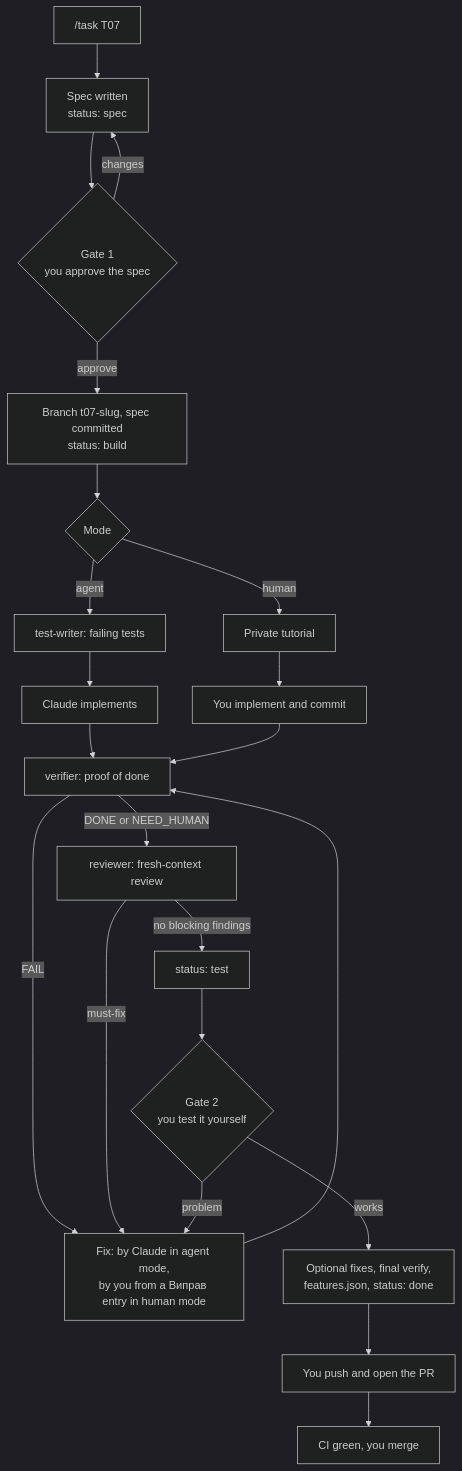
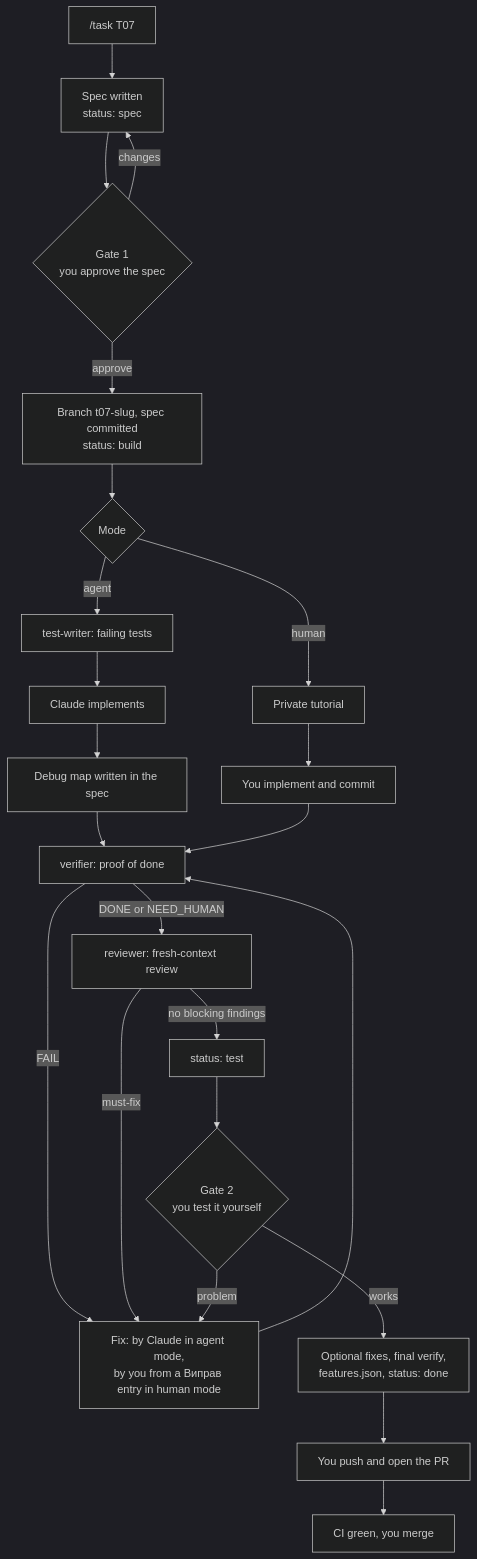
The diagram in docs/workflow.md (AntonBurduzha/mieru), drawn with Mermaid (dark theme) before and after one commit. The commit also changed other lines of this file and 6 other files, not shown here.

Commit message:
(docs): extend dev proof of done

````diff
--- a/docs/workflow.md
+++ b/docs/workflow.md
@@ -66,24 +68,25 @@
 ```mermaid
 flowchart TD
     START["/task T07"] --> SPEC["Spec written<br/>status: spec"]
     SPEC --> G1{"Gate 1<br/>you approve the spec"}
     G1 -- "changes" --> SPEC
     G1 -- "approve" --> BRANCH["Branch t07-slug, spec committed<br/>status: build"]
     BRANCH --> MODE{"Mode"}
     MODE -- "agent" --> TESTS["test-writer: failing tests"]
     TESTS --> CODE["Claude implements"]
     MODE -- "human" --> TUT["Private tutorial"]
     TUT --> YOU["You implement and commit"]
-    CODE --> VERIFY["verifier: proof of done"]
+    CODE --> MAP["Debug map written in the spec"]
+    MAP --> VERIFY["verifier: proof of done"]
     YOU --> VERIFY
     VERIFY -- "FAIL" --> FIX["Fix: by Claude in agent mode,<br/>by you from a Виправ entry in human mode"]
     FIX --> VERIFY
     VERIFY -- "DONE or NEED_HUMAN" --> REVIEW["reviewer: fresh-context review"]
     REVIEW -- "must-fix" --> FIX
     REVIEW -- "no blocking findings" --> TEST["status: test"]
     TEST --> G2{"Gate 2<br/>you test it yourself"}
     G2 -- "problem" --> FIX
     G2 -- "works" --> FINISH["Optional fixes, final verify,<br/>features.json, status: done"]
     FINISH --> PR["You push and open the PR"]
     PR --> MERGE["CI green, you merge"]
 ```
````
